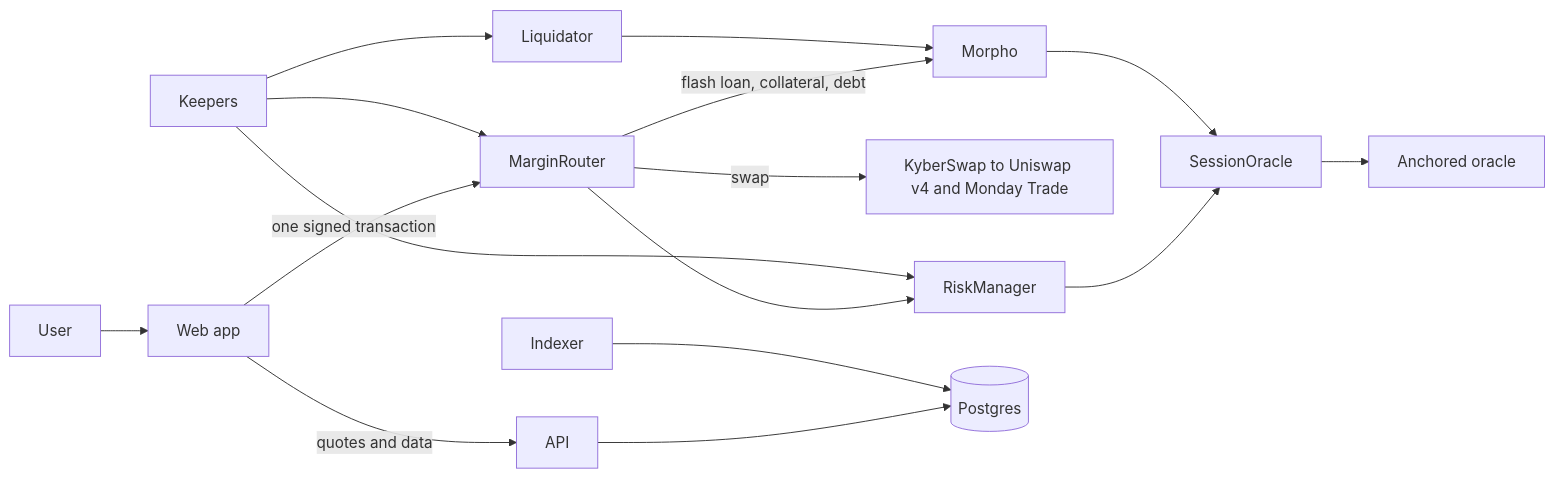
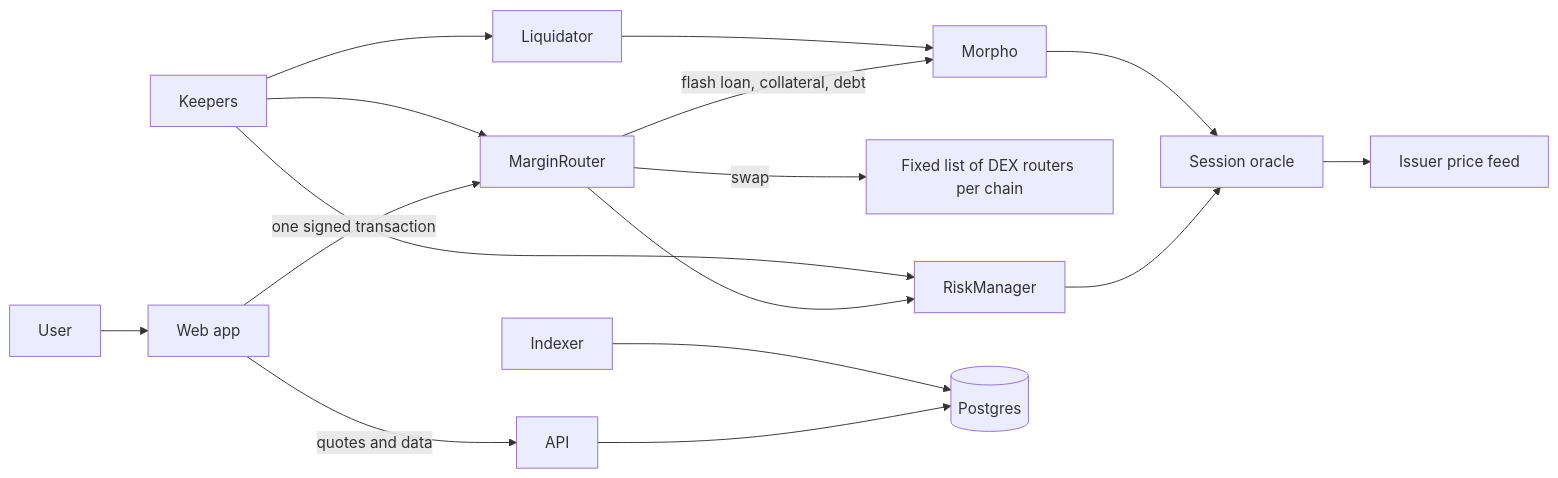
One commit to wngstnr-code/levra changed the diagram in README.md. Above: the diagram before and after it, drawn with Mermaid. The commit also changed other lines of this file, not shown here.

````diff
--- a/README.md
+++ b/README.md
@@ -47,17 +57,17 @@
 ```mermaid
 flowchart LR
     U[User] --> WEB[Web app]
     WEB -->|quotes and data| API[API]
     WEB -->|one signed transaction| ROUTER[MarginRouter]
     ROUTER -->|flash loan, collateral, debt| MORPHO[Morpho]
-    ROUTER -->|swap| KYBER[KyberSwap to Uniswap v4 and Monday Trade]
+    ROUTER -->|swap| DEX[Fixed list of DEX routers per chain]
     ROUTER --> RISK[RiskManager]
-    RISK --> ORACLE[SessionOracle]
+    RISK --> ORACLE[Session oracle]
     MORPHO --> ORACLE
-    ORACLE --> ANCH[Anchored oracle]
+    ORACLE --> ISSUER[Issuer price feed]
     KEEPER[Keepers] --> ROUTER
     KEEPER --> LIQ[Liquidator] --> MORPHO
     KEEPER --> RISK
     API --> DB[(Postgres)]
     IDX[Indexer] --> DB
 ```
````
